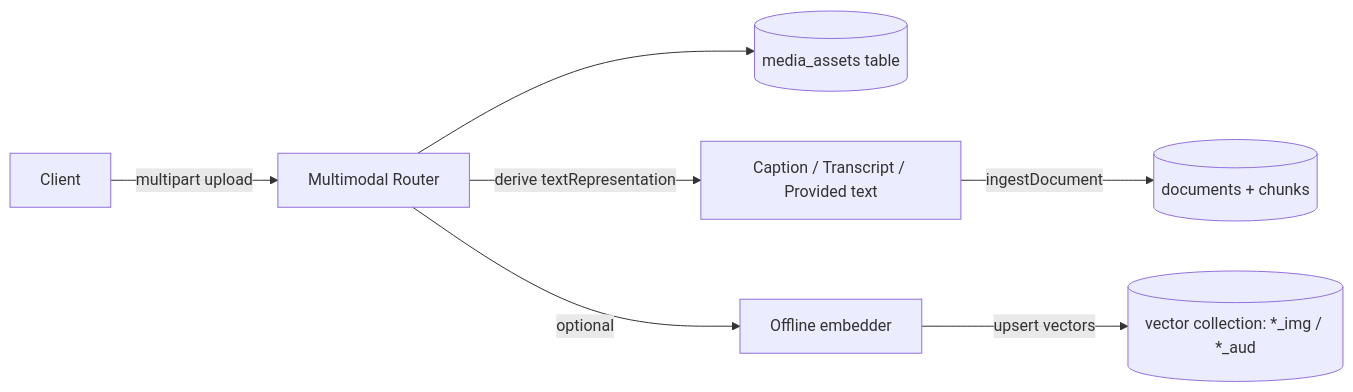
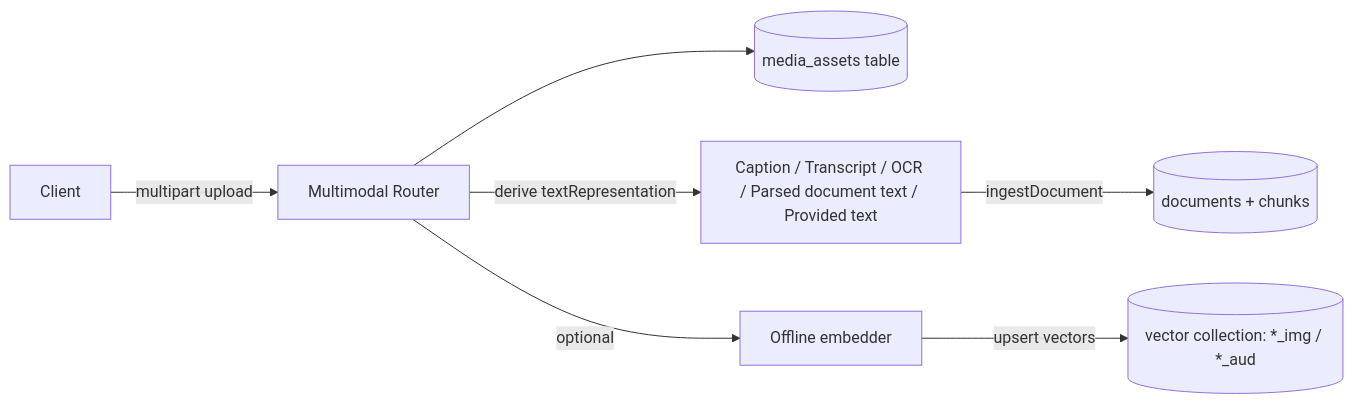
One commit to framersai/agentos.sh changed the first of 2 diagrams in content/guides/MULTIMODAL_RAG.md. Above: the diagram before and after it, drawn with Mermaid. The commit also changed other lines of this file and 10 other files, not shown here.

````diff
--- a/content/guides/MULTIMODAL_RAG.md
+++ b/content/guides/MULTIMODAL_RAG.md
@@ -22,9 +24,9 @@
 ```mermaid
 flowchart LR
   C[Client] -->|multipart upload| R[Multimodal Router]
   R --> M[(media_assets table)]
-  R -->|derive textRepresentation| D[Caption / Transcript / Provided text]
+  R -->|derive textRepresentation| D[Caption / Transcript / OCR / Parsed document text / Provided text]
   D -->|ingestDocument| T[(documents + chunks)]
   R -->|optional| E[Offline embedder]
   E -->|upsert vectors| V[(vector collection: *_img / *_aud)]
 ```
````
